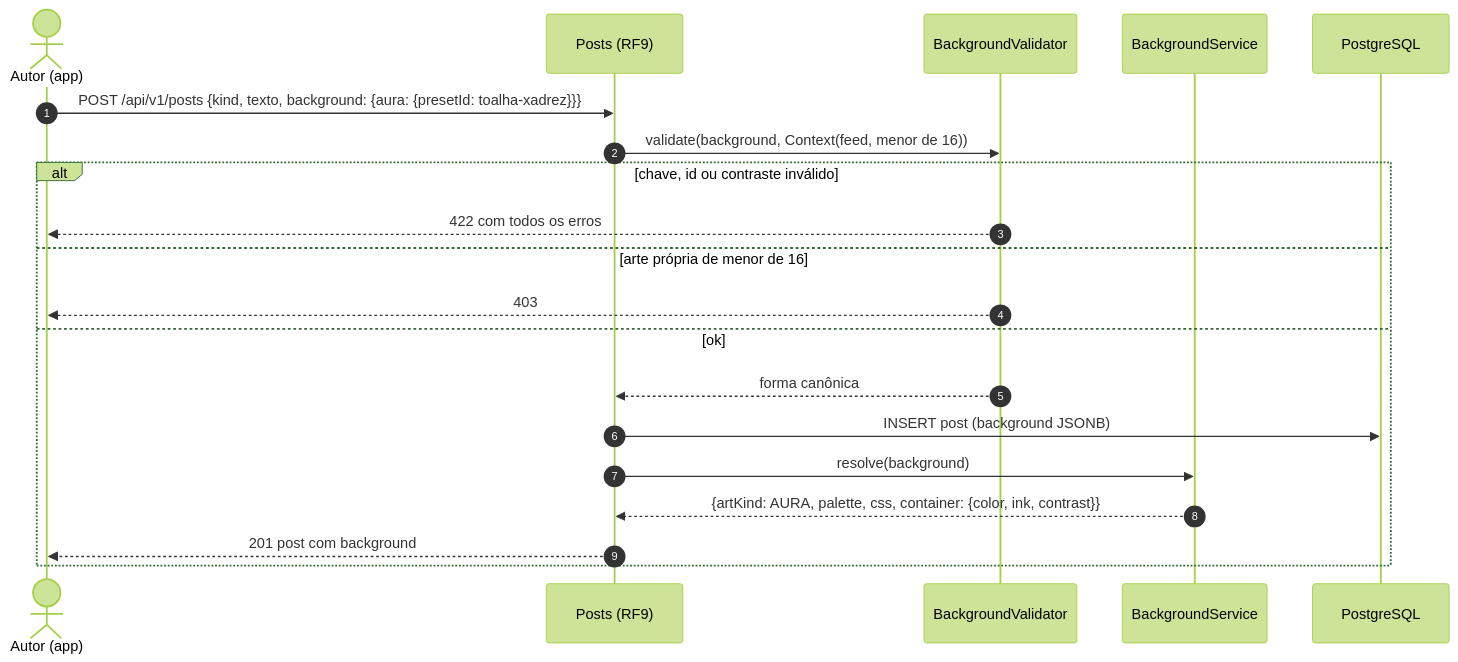
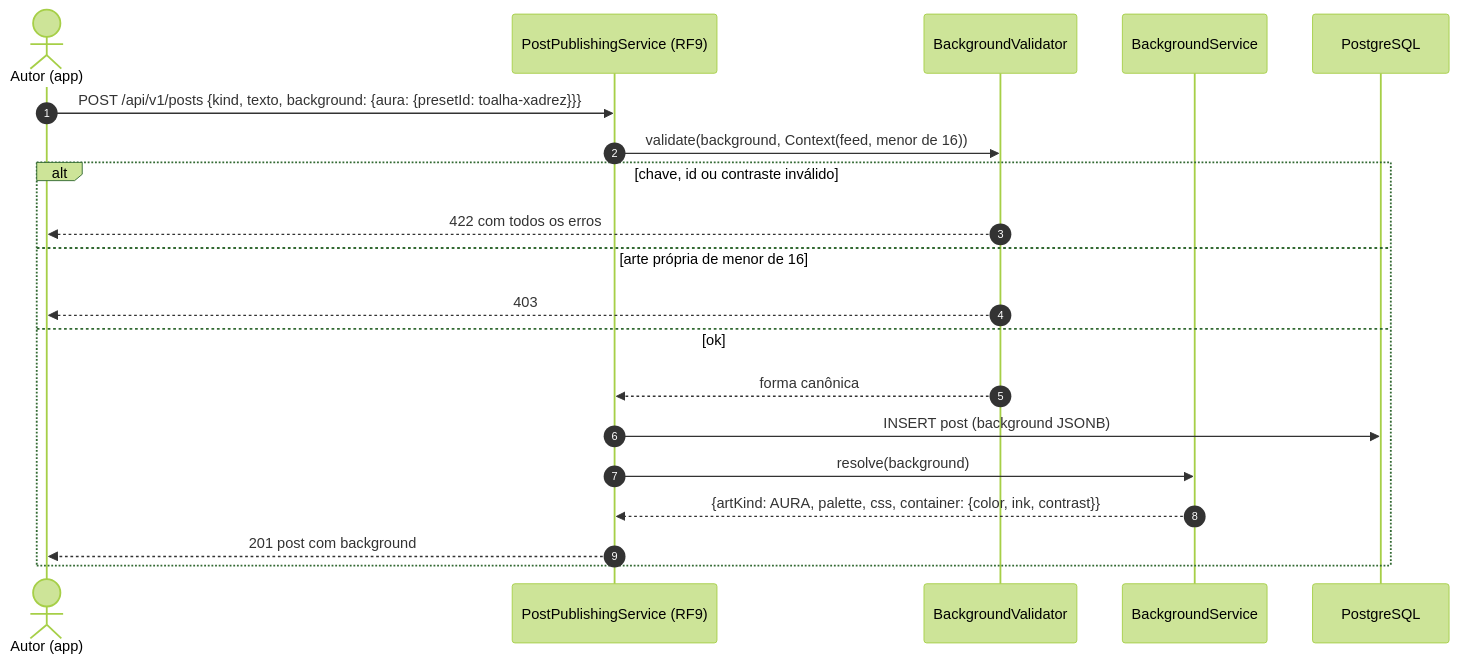
One commit to MatheusHaliski/Friendly-Eats changed the second of 2 diagrams in docs/RF16/sequencia.md. Above: the diagram before and after it, drawn with Mermaid (forest theme). The commit also changed 94 other files, not shown here.

````diff
--- a/docs/RF16/sequencia.md
+++ b/docs/RF16/sequencia.md
@@ -29,23 +29,23 @@
 ```mermaid
 sequenceDiagram
     autonumber
     actor A as Autor (app)
-    participant P as Posts (RF9)
+    participant P as PostPublishingService (RF9)
     participant V as BackgroundValidator
     participant S as BackgroundService
     participant DB as PostgreSQL
 
     A->>P: POST /api/v1/posts {kind, texto, background: {aura: {presetId: toalha-xadrez}}}
     P->>V: validate(background, Context(feed, menor de 16))
     alt chave, id ou contraste inválido
         V-->>A: 422 com todos os erros
     else arte própria de menor de 16
         V-->>A: 403
     else ok
         V-->>P: forma canônica
         P->>DB: INSERT post (background JSONB)
         P->>S: resolve(background)
         S-->>P: {artKind: AURA, palette, css, container: {color, ink, contrast}}
         P-->>A: 201 post com background
     end
 ```
````
